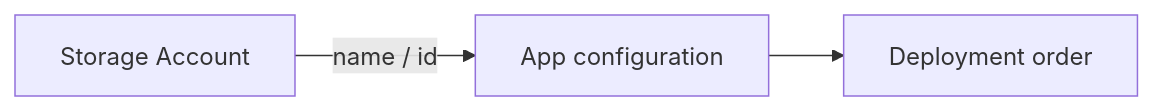
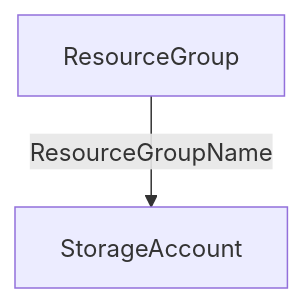
One commit to pavel-agarkov/live-arch changed the third of 4 diagrams in slides/sections/5.pulumi.md. Above: the diagram before and after it, drawn with Mermaid. The commit also changed other lines of this file and 3 other files, not shown here.

````diff
--- a/slides/sections/5.pulumi.md
+++ b/slides/sections/5.pulumi.md
@@ -93,5 +115,4 @@
 ```mermaid
-flowchart LR
-    A[Storage Account] -- name / id --> B[App configuration]
-    B --> C[Deployment order]
+flowchart TB
+    A[ResourceGroup] -- ResourceGroupName --> B[StorageAccount]
 ```
````
